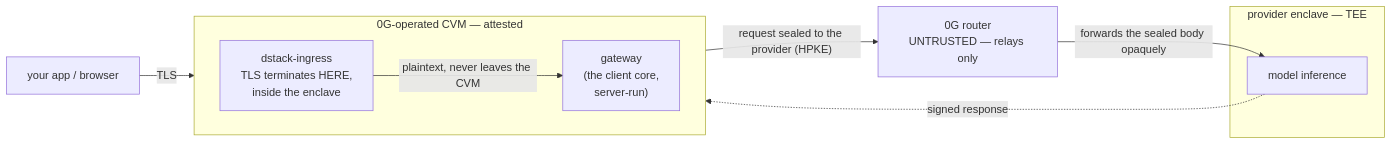
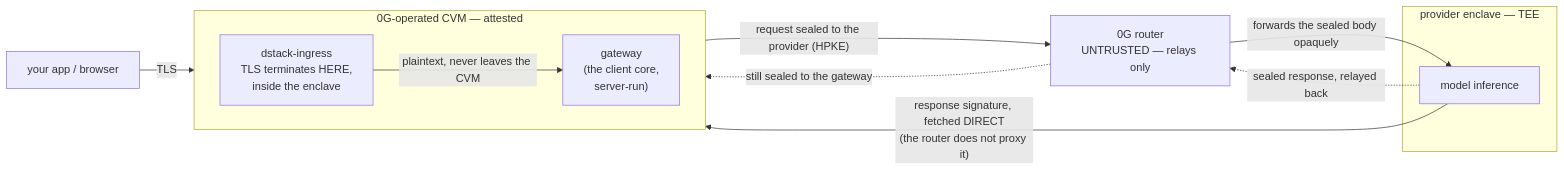
Before and after one commit to 0gfoundation/0g-pc-e2ee: the diagram in README.md, drawn with Mermaid. The commit also changed 1 other file, not shown here.

````diff
--- a/README.md
+++ b/README.md
@@ -23,22 +23,24 @@
 ```mermaid
 flowchart LR
     APP["your app / browser"]
 
     subgraph CVM["0G-operated CVM — attested"]
         direction LR
         ING["dstack-ingress<br/>TLS terminates HERE,<br/>inside the enclave"]
         GW["gateway<br/>(the client core,<br/>server-run)"]
         ING -->|"plaintext, never leaves the CVM"| GW
     end
 
     R["0G router<br/>UNTRUSTED — relays only"]
 
     subgraph PROV["provider enclave — TEE"]
         P["model inference"]
     end
 
     APP -->|"TLS"| ING
     GW -->|"request sealed to the provider (HPKE)"| R
     R -->|"forwards the sealed body opaquely"| P
-    P -.->|"signed response"| GW
+    P -.->|"sealed response, relayed back"| R
+    R -.->|"still sealed to the gateway"| GW
+    P ---->|"response signature, fetched DIRECT<br/>(the router does not proxy it)"| GW
 ```
````
